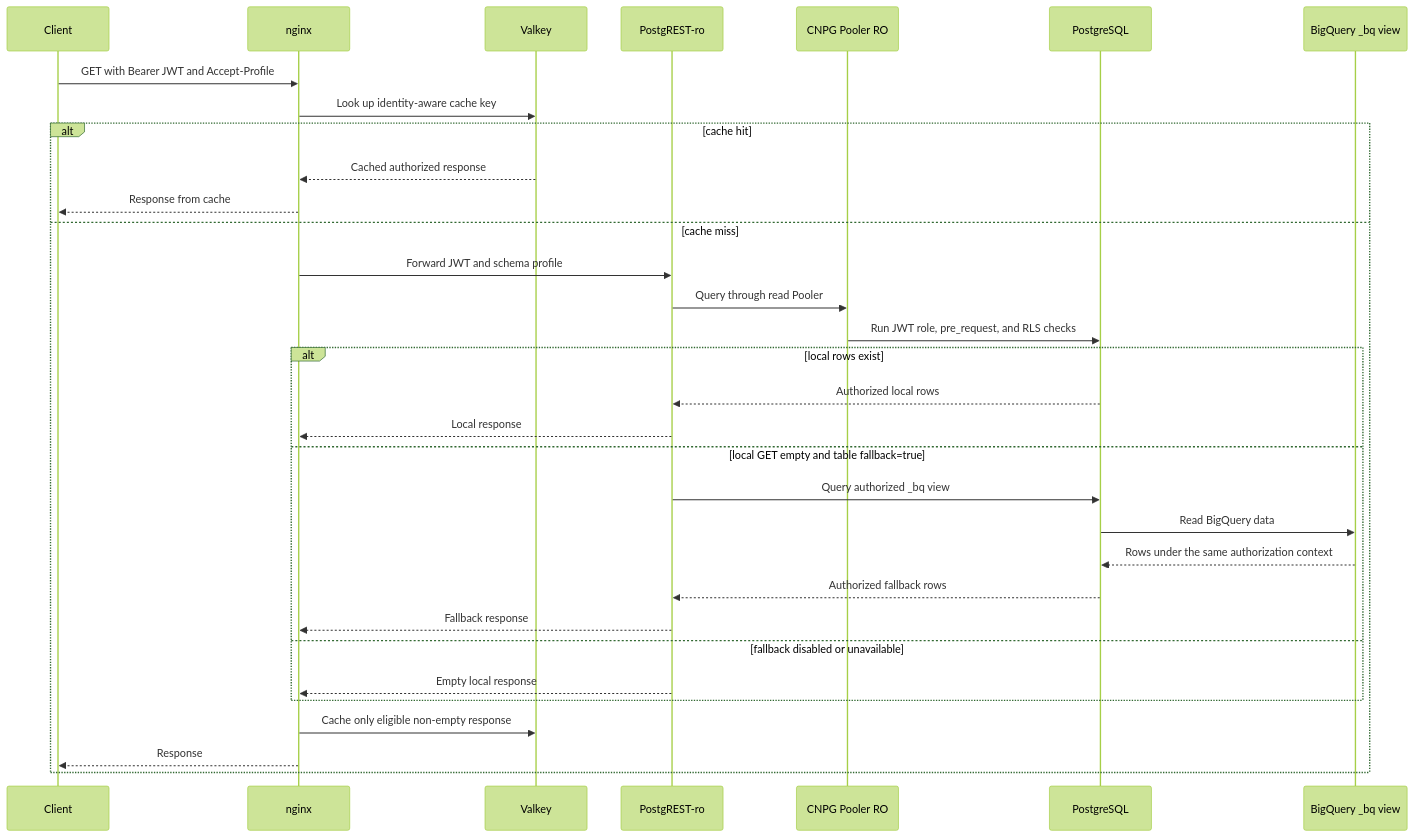
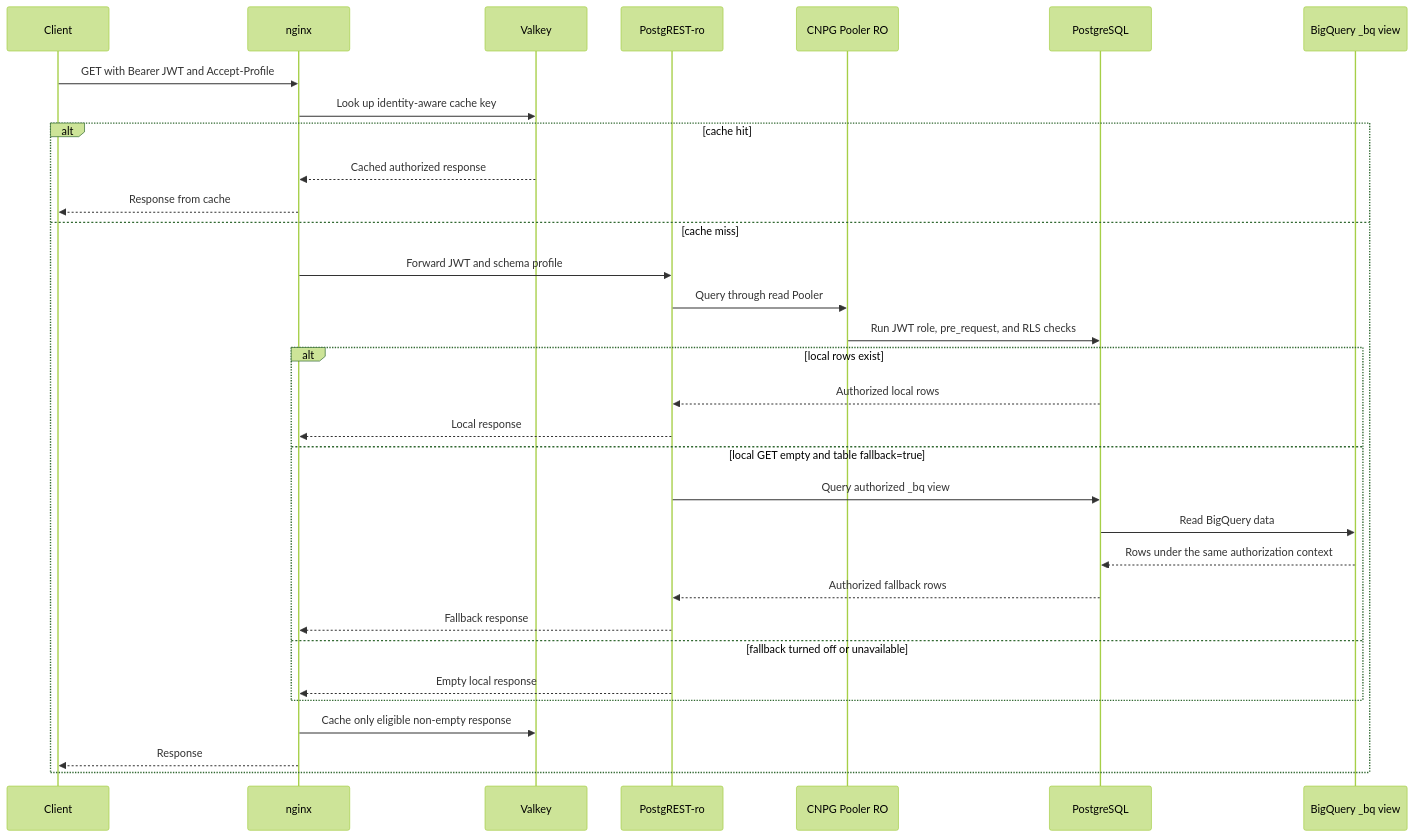
The second of 2 diagrams in docs/security.md (prefeitura-rio/data-proxy), drawn with Mermaid (forest theme) before and after one commit. The commit also changed other lines of this file and 13 other files, not shown here.

````diff
--- a/docs/security.md
+++ b/docs/security.md
@@ -186,35 +186,35 @@
 ```mermaid
 sequenceDiagram
     participant C as Client
     participant N as nginx
     participant R as Valkey
     participant P as PostgREST-ro
     participant RP as CNPG Pooler RO
     participant DB as PostgreSQL
     participant BQ as BigQuery _bq view
 
     C->>N: GET with Bearer JWT and Accept-Profile
     N->>R: Look up identity-aware cache key
     alt cache hit
         R-->>N: Cached authorized response
         N-->>C: Response from cache
     else cache miss
         N->>P: Forward JWT and schema profile
         P->>RP: Query through read Pooler
         RP->>DB: Run JWT role, pre_request, and RLS checks
         alt local rows exist
             DB-->>P: Authorized local rows
             P-->>N: Local response
         else local GET empty and table fallback=true
             P->>DB: Query authorized _bq view
             DB->>BQ: Read BigQuery data
             BQ-->>DB: Rows under the same authorization context
             DB-->>P: Authorized fallback rows
             P-->>N: Fallback response
-        else fallback disabled or unavailable
+        else fallback turned off or unavailable
             P-->>N: Empty local response
         end
         N->>R: Cache only eligible non-empty response
         N-->>C: Response
     end
 ```
````
